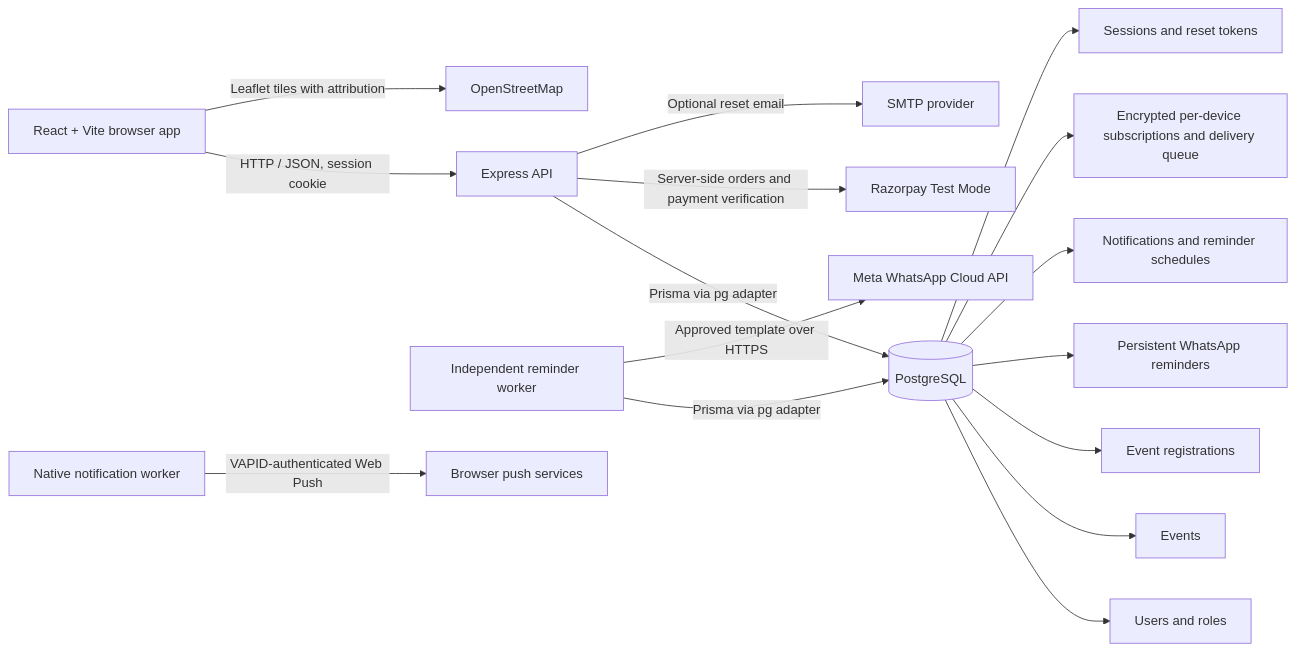
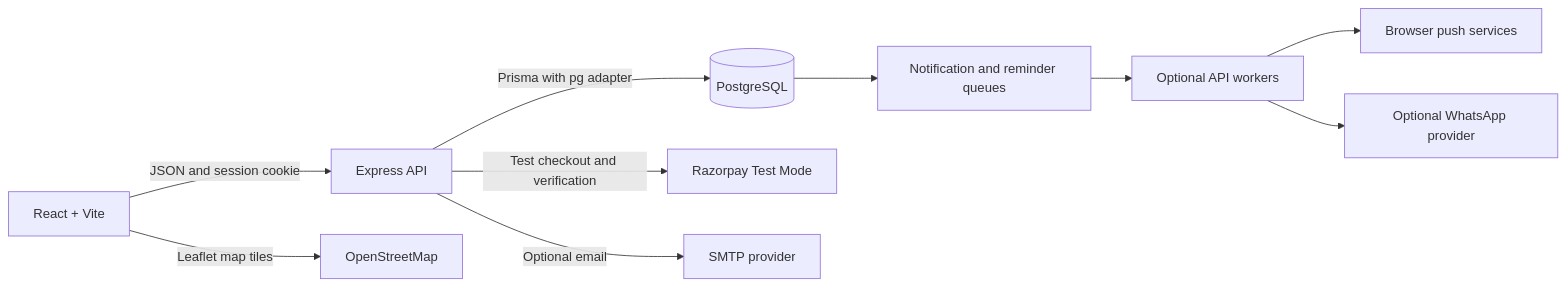
One commit to QaziHasnain/campusconnect changed the diagram in README.md. Above: the diagram before and after it, drawn with Mermaid. The commit also changed other lines of this file and 6 other files, not shown here.

````diff
--- a/README.md
+++ b/README.md
@@ -57,18 +44,12 @@
 ```mermaid
 flowchart LR
-  Browser[React + Vite browser app] -->|HTTP / JSON, session cookie| API[Express API]
-  API -->|Prisma via pg adapter| DB[(PostgreSQL)]
-  API -->|Server-side orders and payment verification| Razorpay[Razorpay Test Mode]
-  Browser -->|Leaflet tiles with attribution| OSM[OpenStreetMap]
-  API -->|Optional reset email| SMTP[SMTP provider]
-  Worker[Independent reminder worker] -->|Prisma via pg adapter| DB
-  Worker -->|Approved template over HTTPS| WhatsApp[Meta WhatsApp Cloud API]
-  NotificationWorker[Native notification worker] -->|VAPID-authenticated Web Push| BrowserPush[Browser push services]
-  DB --> Users[Users and roles]
-  DB --> Events[Events]
-  DB --> Registrations[Event registrations]
-  DB --> Reminders[Persistent WhatsApp reminders]
-  DB --> Notifications[Notifications and reminder schedules]
-  DB --> PushSubscriptions[Encrypted per-device subscriptions and delivery queue]
-  DB --> Sessions[Sessions and reset tokens]
+  Browser[React + Vite] -->|JSON and session cookie| API[Express API]
+  API -->|Prisma with pg adapter| DB[(PostgreSQL)]
+  API -->|Test checkout and verification| Razorpay[Razorpay Test Mode]
+  Browser -->|Leaflet map tiles| OSM[OpenStreetMap]
+  API -->|Optional email| SMTP[SMTP provider]
+  DB --> Notify[Notification and reminder queues]
+  Notify --> Workers[Optional API workers]
+  Workers --> Push[Browser push services]
+  Workers --> WhatsApp[Optional WhatsApp provider]
 ```
````
